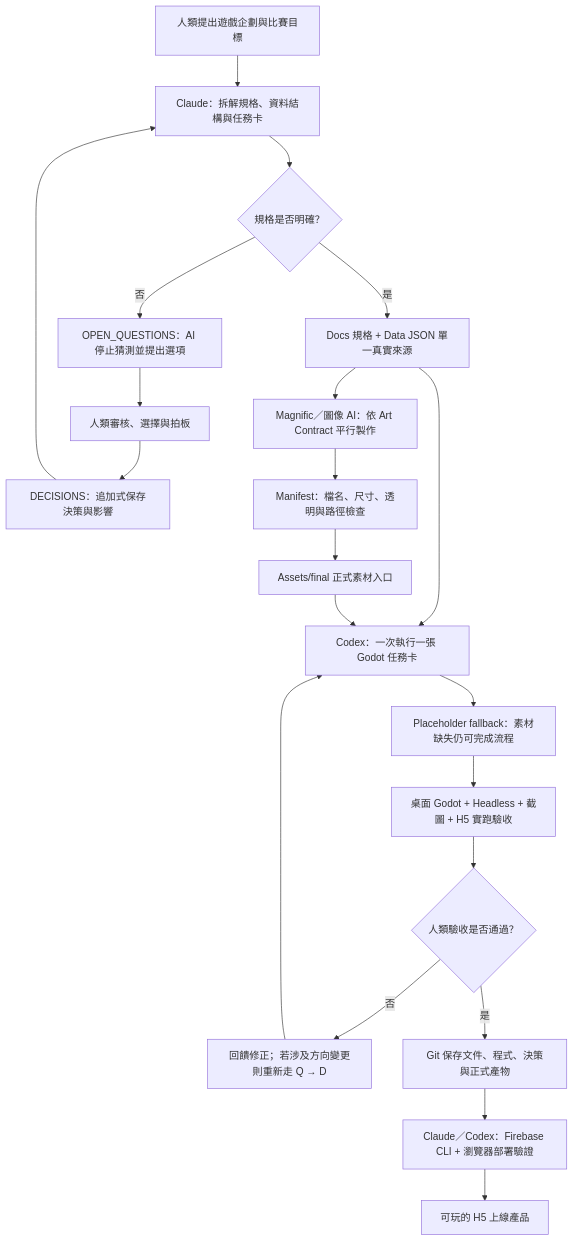
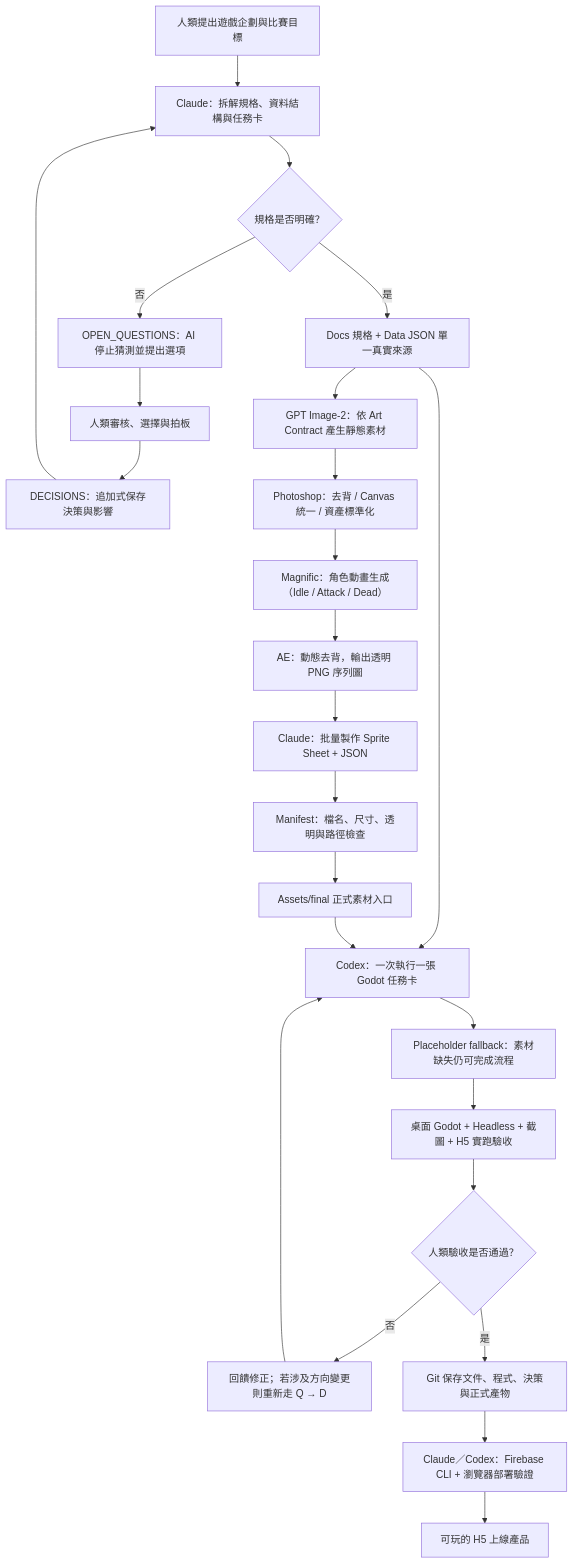
Before and after one commit to testBP0612/CrushGameDemo: the diagram in Planning/08_COMPETITION_AI_USAGE_AND_WORKFLOW.md, drawn with Mermaid. The commit also changed other lines of this file, not shown here.

Commit message:
fix(docs): 修正美術 AI 工作流程——Magnific 負責角色動畫、AE 負責序列圖輸出

````diff
--- a/Planning/08_COMPETITION_AI_USAGE_AND_WORKFLOW.md
+++ b/Planning/08_COMPETITION_AI_USAGE_AND_WORKFLOW.md
@@ -100,29 +100,33 @@
 ```mermaid
 flowchart TD
     A["人類提出遊戲企劃與比賽目標"] --> B["Claude：拆解規格、資料結構與任務卡"]
     B --> C{"規格是否明確？"}
 
     C -- "否" --> D["OPEN_QUESTIONS：AI 停止猜測並提出選項"]
     D --> E["人類審核、選擇與拍板"]
     E --> F["DECISIONS：追加式保存決策與影響"]
     F --> B
 
     C -- "是" --> G["Docs 規格 + Data JSON 單一真實來源"]
     G --> H["Codex：一次執行一張 Godot 任務卡"]
-    G --> I["Magnific／圖像 AI：依 Art Contract 平行製作"]
+    G --> I["GPT Image-2：依 Art Contract 產生靜態素材"]
 
-    I --> J["Manifest：檔名、尺寸、透明與路徑檢查"]
+    I --> I1["Photoshop：去背 / Canvas 統一 / 資產標準化"]
+    I1 --> I2["Magnific：角色動畫生成（Idle / Attack / Dead）"]
+    I2 --> I3["AE：動態去背，輸出透明 PNG 序列圖"]
+    I3 --> I4["Claude：批量製作 Sprite Sheet + JSON"]
+    I4 --> J["Manifest：檔名、尺寸、透明與路徑檢查"]
     J --> K["Assets/final 正式素材入口"]
     K --> H
 
     H --> L["Placeholder fallback：素材缺失仍可完成流程"]
     L --> M["桌面 Godot + Headless + 截圖 + H5 實跑驗收"]
 
     M --> N{"人類驗收是否通過？"}
     N -- "否" --> O["回饋修正；若涉及方向變更則重新走 Q → D"]
     O --> H
     N -- "是" --> P["Git 保存文件、程式、決策與正式產物"]
 
     P --> Q["Claude／Codex：Firebase CLI + 瀏覽器部署驗證"]
     Q --> R["可玩的 H5 上線產品"]
 ```
````
